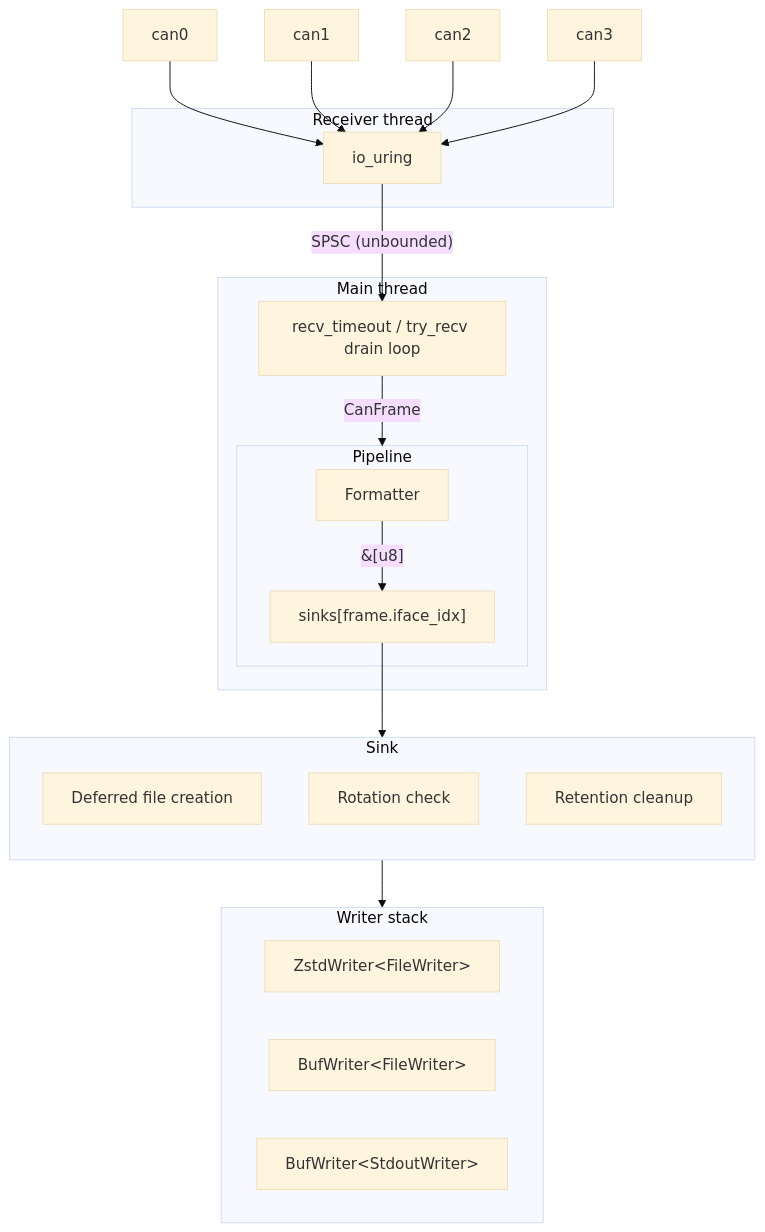
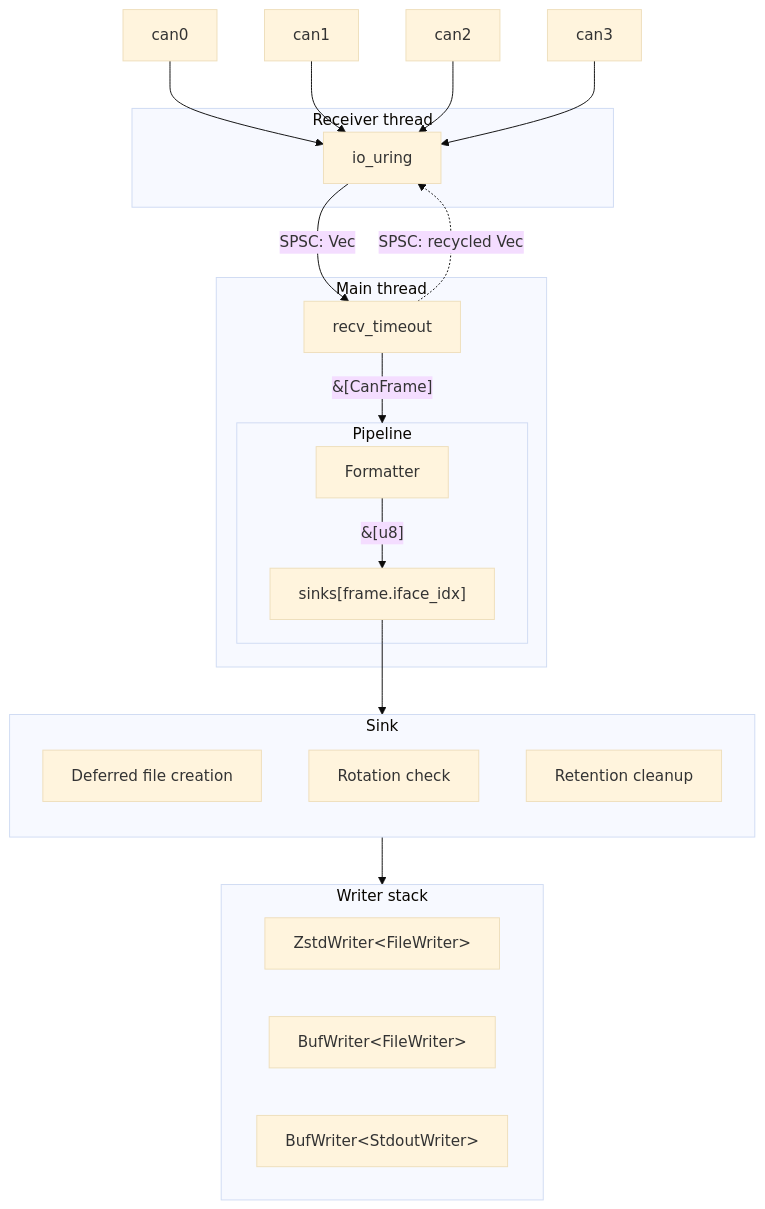
One commit to Notgnoshi/candemonium changed the first of 2 diagrams in docs/design/candumpr/02-architecture.md. Above: the diagram before and after it, drawn with Mermaid (base theme). The commit also changed other lines of this file, not shown here.

First line of the commit message:
docs: Send batches of CanFrames over the channel

````diff
--- a/docs/design/candumpr/02-architecture.md
+++ b/docs/design/candumpr/02-architecture.md
@@ -37,37 +37,38 @@
 ```mermaid
 graph TD
     can0 & can1 & can2 & can3 --> io_uring
 
     subgraph recv [Receiver thread]
         io_uring
     end
 
-    io_uring --> |"SPSC (unbounded)"| main_loop
+    io_uring --> |"SPSC: Vec<CanFrame>"| main_loop
+    main_loop -.-> |"SPSC: recycled Vec"| io_uring
 
     subgraph main [Main thread]
-        main_loop["recv_timeout / try_recv drain loop"]
-        main_loop --> |CanFrame| Pipeline
+        main_loop["recv_timeout"]
+        main_loop --> |"&[CanFrame]"| Pipeline
     end
 
     subgraph Pipeline
         Formatter --> |"&[u8]"| dispatch["sinks[frame.iface_idx]"]
     end
 
     subgraph sink [Sink]
         direction TD
         deferred["Deferred file creation"]
         rotation["Rotation check"]
         retention["Retention cleanup"]
     end
 
     dispatch --> sink
 
     subgraph writers [Writer stack]
         direction LR
         compressed["ZstdWriter&lt;FileWriter&gt;"]
         uncompressed["BufWriter&lt;FileWriter&gt;"]
         live["BufWriter&lt;StdoutWriter&gt;"]
     end
 
     sink --> writers
 ```
````
